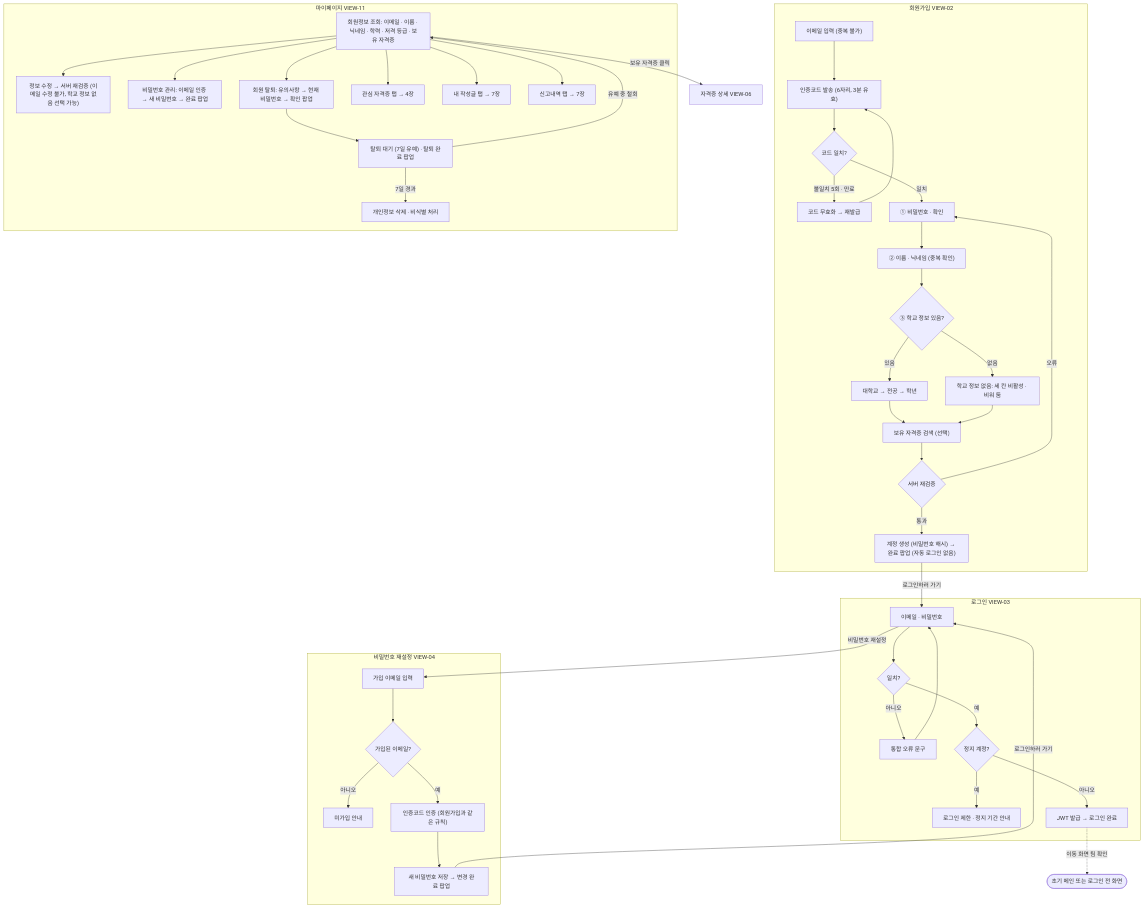
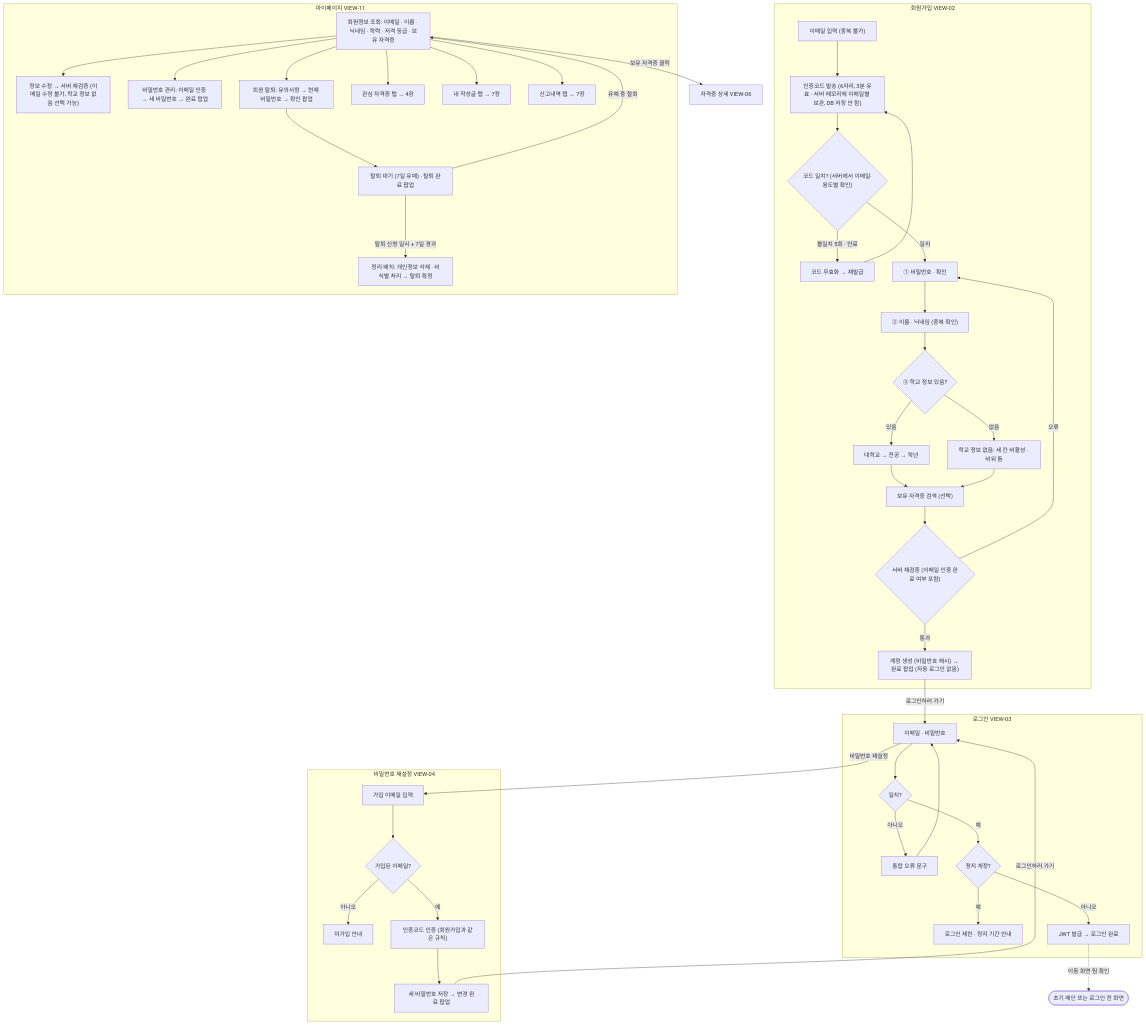
Before and after one commit to team-ap-cert-sniper/cert-sniper: the third of 12 diagrams in docs/FLOWCHART.md, drawn with Mermaid. The commit also changed other lines of this file and 29 other files, not shown here.

Commit message:
DB 설계서 업데이트: 스키아- ERD - 플로우차트 - etl - README

````diff
--- a/docs/FLOWCHART.md
+++ b/docs/FLOWCHART.md
@@ -86,49 +86,49 @@
 ```mermaid
 flowchart TD
   subgraph SU["회원가입 VIEW-02"]
-    S1["이메일 입력 (중복 불가)"] --> S2["인증코드 발송 (6자리, 3분 유효)"]
-    S2 --> S3{"코드 일치?"}
+    S1["이메일 입력 (중복 불가)"] --> S2["인증코드 발송 (6자리, 3분 유효 · 서버 메모리에 이메일별 보관, DB 저장 안 함)"]
+    S2 --> S3{"코드 일치? (서버에서 이메일·용도별 확인)"}
     S3 -->|불일치 5회 · 만료| S4["코드 무효화 → 재발급"]
     S4 --> S2
     S3 -->|일치| S5["① 비밀번호 · 확인"]
     S5 --> S51["② 이름 · 닉네임 (중복 확인)"]
     S51 --> S6{"③ 학교 정보 있음?"}
     S6 -->|있음| S61["대학교 → 전공 → 학년"]
     S6 -->|없음| S62["학교 정보 없음: 세 칸 비활성 · 비워 둠"]
     S61 --> S7["보유 자격증 검색 (선택)"]
     S62 --> S7
-    S7 --> S8{"서버 재검증"}
+    S7 --> S8{"서버 재검증 (이메일 인증 완료 여부 포함)"}
     S8 -->|오류| S5
     S8 -->|통과| S9["계정 생성 (비밀번호 해시) → 완료 팝업 (자동 로그인 없음)"]
   end
   S9 -->|로그인하러 가기| L1
   subgraph LG["로그인 VIEW-03"]
     L1["이메일 · 비밀번호"] --> L2{"일치?"}
     L2 -->|아니오| L3["통합 오류 문구"]
     L3 --> L1
     L2 -->|예| L4{"정지 계정?"}
     L4 -->|예| L5["로그인 제한 · 정지 기간 안내"]
     L4 -->|아니오| L6["JWT 발급 → 로그인 완료"]
   end
   L6 -.->|이동 화면 팀 확인| MAIN(["초기 메인 또는 로그인 전 화면"])
   L1 -->|비밀번호 재설정| P1
   subgraph PR["비밀번호 재설정 VIEW-04"]
     P1["가입 이메일 입력"] --> P2{"가입된 이메일?"}
     P2 -->|아니오| P3["미가입 안내"]
     P2 -->|예| P4["인증코드 인증 (회원가입과 같은 규칙)"]
     P4 --> P5["새 비밀번호 저장 → 변경 완료 팝업"]
   end
   P5 -->|로그인하러 가기| L1
   subgraph MP["마이페이지 VIEW-11"]
     MY["회원정보 조회: 이메일 · 이름 · 닉네임 · 학력 · 저격 등급 · 보유 자격증"] --> M1["정보 수정 → 서버 재검증 (이메일 수정 불가, 학교 정보 없음 선택 가능)"]
     MY --> M2["비밀번호 관리: 이메일 인증 → 새 비밀번호 → 완료 팝업"]
     MY --> M3["회원 탈퇴: 유의사항 → 현재 비밀번호 → 확인 팝업"]
     M3 --> M4["탈퇴 대기 (7일 유예) · 탈퇴 완료 팝업"]
     M4 -->|유예 중 철회| MY
-    M4 -->|7일 경과| M5["개인정보 삭제 · 비식별 처리"]
+    M4 -->|탈퇴 신청 일시 + 7일 경과| M5["정리 배치: 개인정보 삭제 · 비식별 처리 → 탈퇴 확정"]
     MY --> T1["관심 자격증 탭 → 4장"]
     MY --> T2["내 작성글 탭 → 7장"]
     MY --> T3["신고내역 탭 → 7장"]
   end
   MY -->|보유 자격증 클릭| DET["자격증 상세 VIEW-06"]
 ```
````
